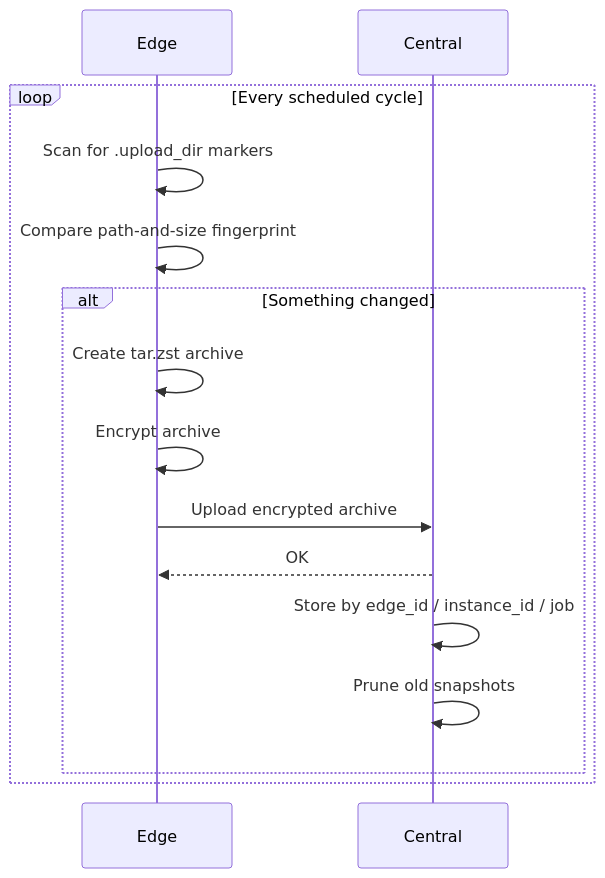
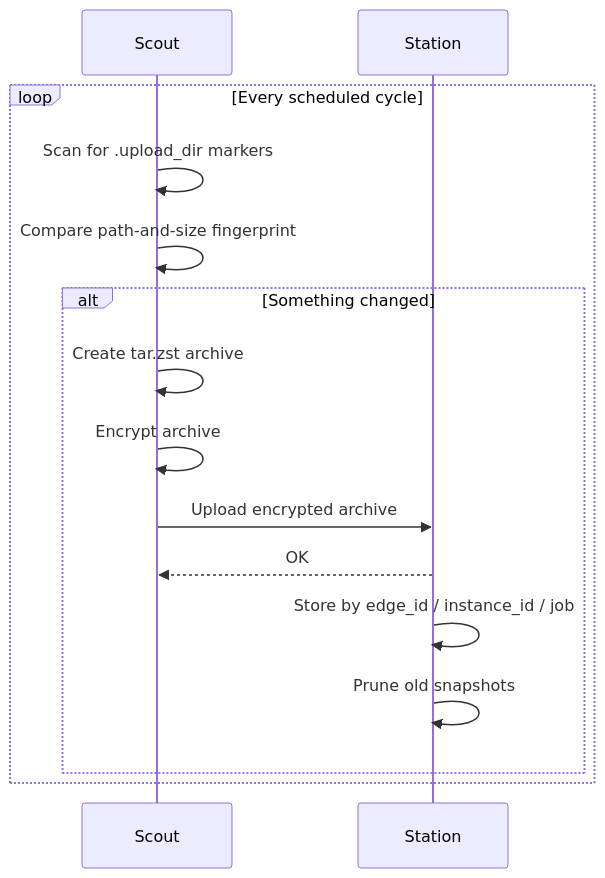
Before and after one commit to thesteau/3to1go: the diagram in docs/concepts/how-it-works.mdx, drawn with Mermaid. The commit also changed other lines of this file and 40 other files, not shown here.

````diff
--- a/docs/concepts/how-it-works.mdx
+++ b/docs/concepts/how-it-works.mdx
@@ -48,18 +48,18 @@
 ```mermaid
 sequenceDiagram
-    participant Edge
-    participant Central
+    participant Scout
+    participant Station
 
     loop Every scheduled cycle
-        Edge->>Edge: Scan for .upload_dir markers
-        Edge->>Edge: Compare path-and-size fingerprint
+        Scout->>Scout: Scan for .upload_dir markers
+        Scout->>Scout: Compare path-and-size fingerprint
         alt Something changed
-            Edge->>Edge: Create tar.zst archive
-            Edge->>Edge: Encrypt archive
-            Edge->>Central: Upload encrypted archive
-            Central-->>Edge: OK
-            Central->>Central: Store by edge_id / instance_id / job
-            Central->>Central: Prune old snapshots
+            Scout->>Scout: Create tar.zst archive
+            Scout->>Scout: Encrypt archive
+            Scout->>Station: Upload encrypted archive
+            Station-->>Scout: OK
+            Station->>Station: Store by edge_id / instance_id / job
+            Station->>Station: Prune old snapshots
         end
     end
 ```
````
